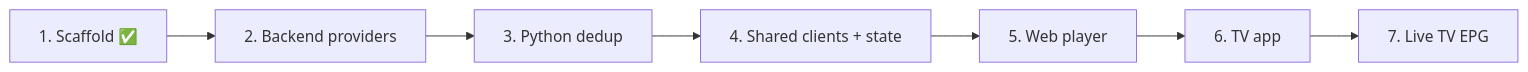
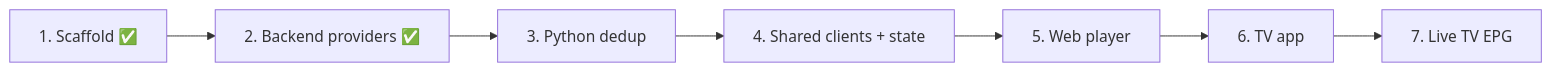
Before and after one commit to brunoccst/iptv-player: the diagram in documentation/NEXT-STEPS.md, drawn with Mermaid. The commit also changed other lines of this file and 80 other files, not shown here.

````diff
--- a/documentation/NEXT-STEPS.md
+++ b/documentation/NEXT-STEPS.md
@@ -7,5 +7,5 @@
 ```mermaid
 flowchart LR
-  S1[1. Scaffold ✅] --> S2[2. Backend providers] --> S3[3. Python dedup] --> S4[4. Shared clients + state]
+  S1[1. Scaffold ✅] --> S2[2. Backend providers ✅] --> S3[3. Python dedup] --> S4[4. Shared clients + state]
   S4 --> S5[5. Web player] --> S6[6. TV app] --> S7[7. Live TV EPG]
 ```
````
